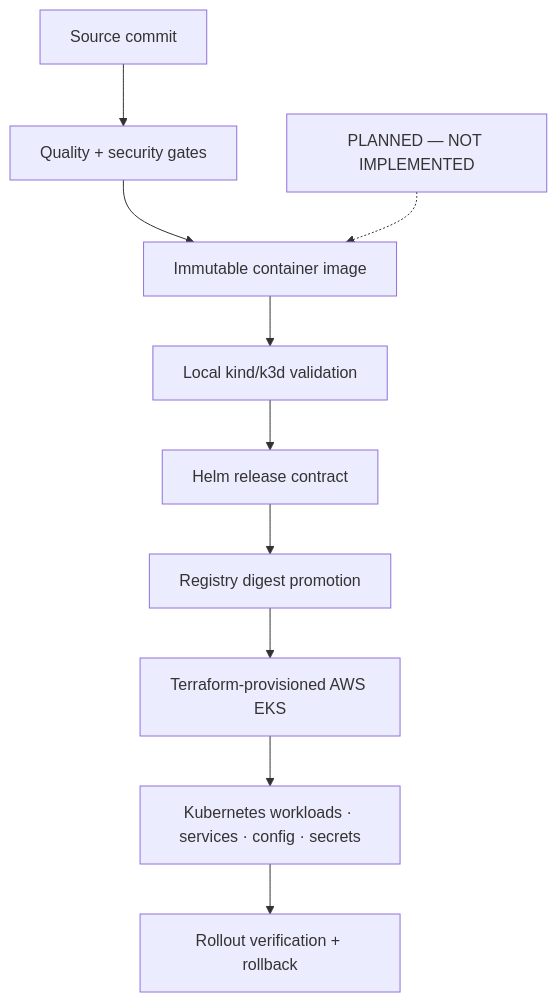
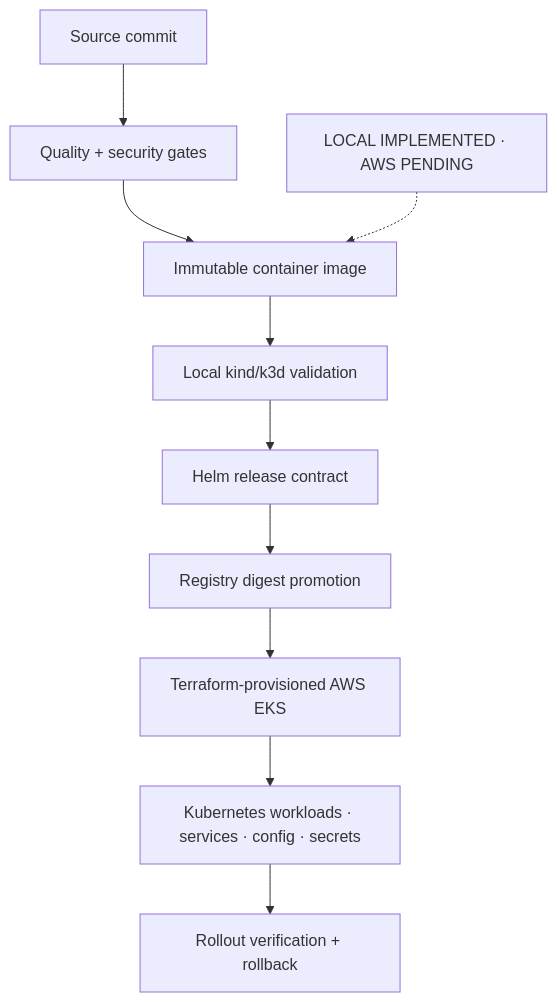
Before and after one commit to Parmodk2310/Advanced-Distributed-System: the diagram in docs/architecture/phase7-production-delivery.md, drawn with Mermaid. The commit also changed other lines of this file and 40 other files, not shown here.

````diff
--- a/docs/architecture/phase7-production-delivery.md
+++ b/docs/architecture/phase7-production-delivery.md
@@ -11,9 +11,9 @@
 ```mermaid
 flowchart TB
-  S["PLANNED — NOT IMPLEMENTED"]
+  S["LOCAL IMPLEMENTED · AWS PENDING"]
   C["Source commit"] --> G["Quality + security gates"] --> I["Immutable container image"]
   I --> L["Local kind/k3d validation"] --> H["Helm release contract"]
   H --> R["Registry digest promotion"] --> T["Terraform-provisioned AWS EKS"]
   T --> K["Kubernetes workloads · services · config · secrets"] --> V["Rollout verification + rollback"]
   S -.-> I
 ```
````
